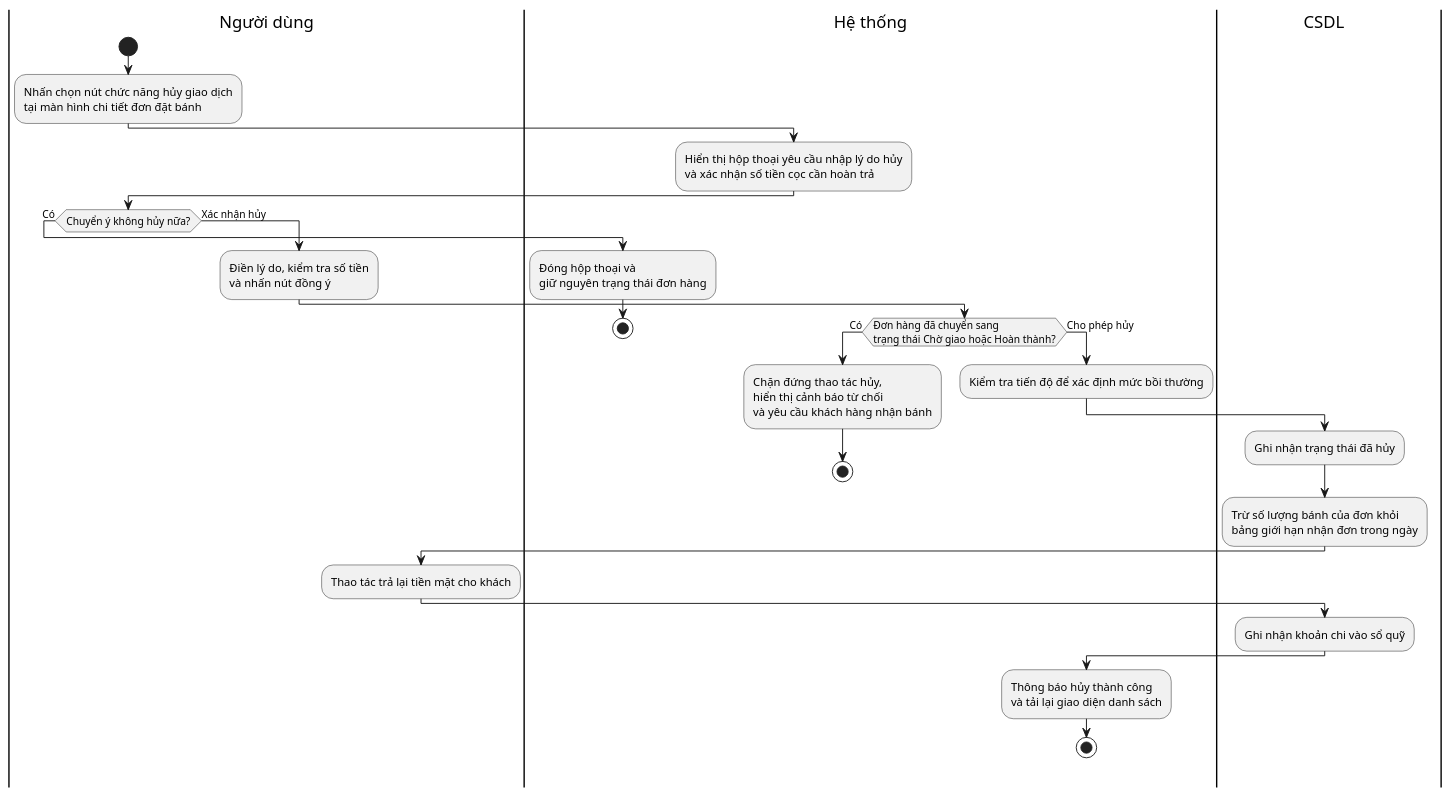
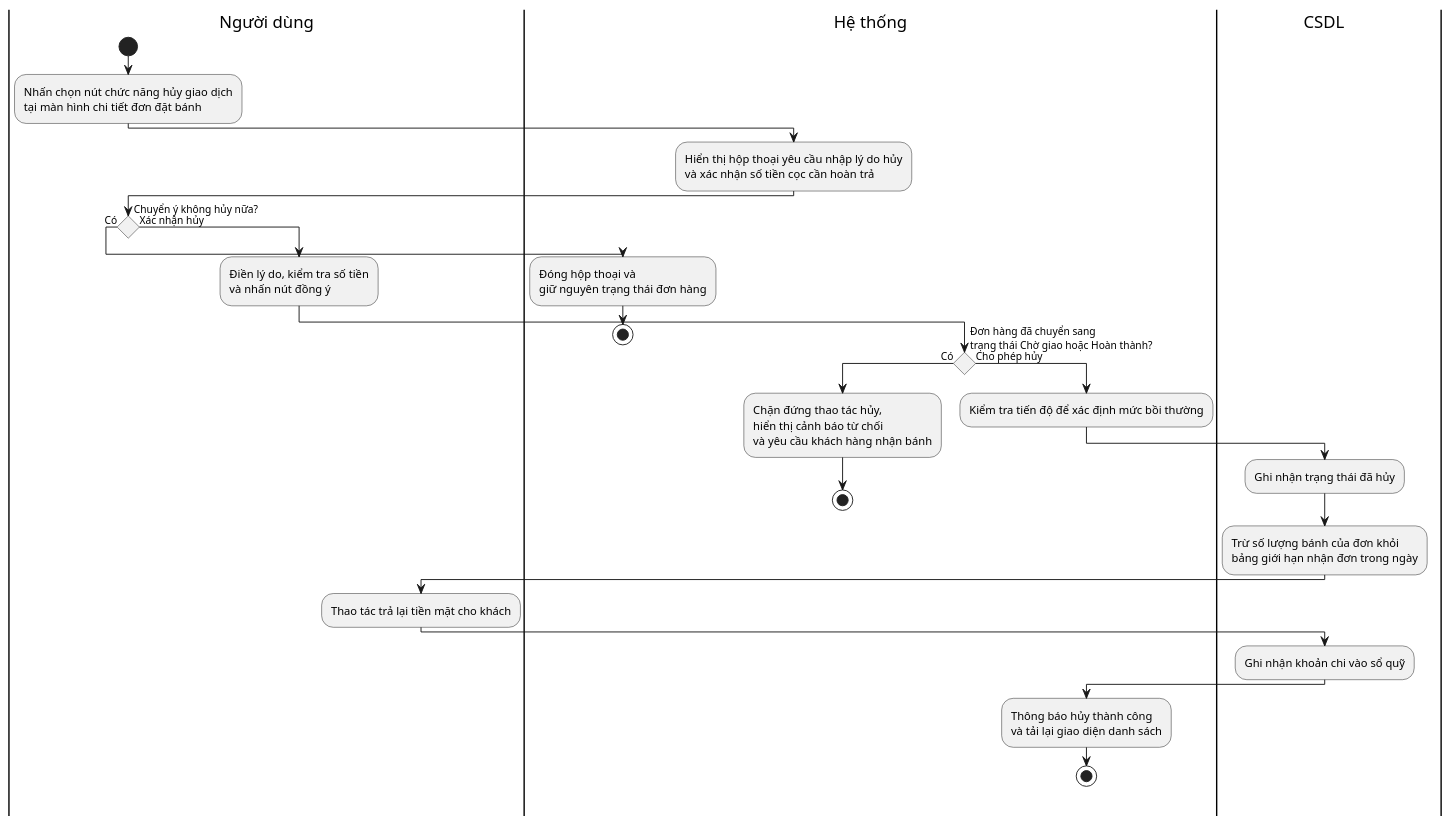
One commit to lancelotviendangkhoa710/IS-System-Development changed the diagram in activity_diagrams/16_HuyDonVaHoanCoc.puml. Above: the diagram before and after it, drawn with PlantUML. The commit also changed 44 other files, not shown here.

```diff
--- a/activity_diagrams/16_HuyDonVaHoanCoc.puml
+++ b/activity_diagrams/16_HuyDonVaHoanCoc.puml
@@ -1,43 +1,44 @@
 @startuml
+skinparam conditionStyle diamond
 skinparam ranksep 80
 skinparam swimlaneWidth 140
 skinparam shadowing false
 skinparam ActivityShape rounded
 skinparam linetype ortho
 
 |Người dùng|
 |Hệ thống|
 |CSDL|
 
 |Người dùng|
 start
 :Nhấn chọn nút chức năng hủy giao dịch\ntại màn hình chi tiết đơn đặt bánh;
 |Hệ thống|
 :Hiển thị hộp thoại yêu cầu nhập lý do hủy\nvà xác nhận số tiền cọc cần hoàn trả;
 |Người dùng|
 if (Chuyển ý không hủy nữa?) then (Có)
   |Hệ thống|
   :Đóng hộp thoại và\ngiữ nguyên trạng thái đơn hàng;
   stop
 else (Xác nhận hủy)
   |Người dùng|
   :Điền lý do, kiểm tra số tiền\nvà nhấn nút đồng ý;
   |Hệ thống|
   if (Đơn hàng đã chuyển sang\ntrạng thái Chờ giao hoặc Hoàn thành?) then (Có)
     :Chặn đứng thao tác hủy,\nhiển thị cảnh báo từ chối\nvà yêu cầu khách hàng nhận bánh;
     stop
   else (Cho phép hủy)
     :Kiểm tra tiến độ để xác định mức bồi thường;
     |CSDL|
     :Ghi nhận trạng thái đã hủy;
     :Trừ số lượng bánh của đơn khỏi\nbảng giới hạn nhận đơn trong ngày;
     |Người dùng|
     :Thao tác trả lại tiền mặt cho khách;
     |CSDL|
     :Ghi nhận khoản chi vào sổ quỹ;
     |Hệ thống|
     :Thông báo hủy thành công\nvà tải lại giao diện danh sách;
     stop
   endif
 endif
 @enduml
```
